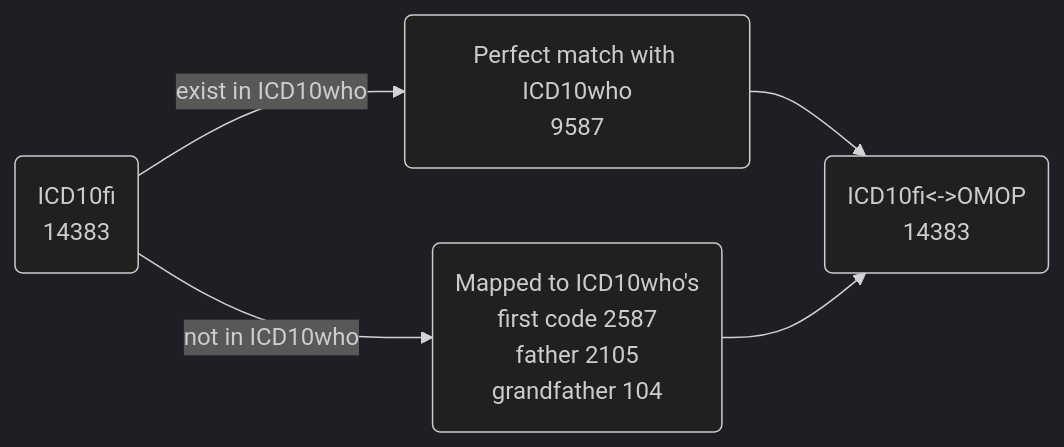
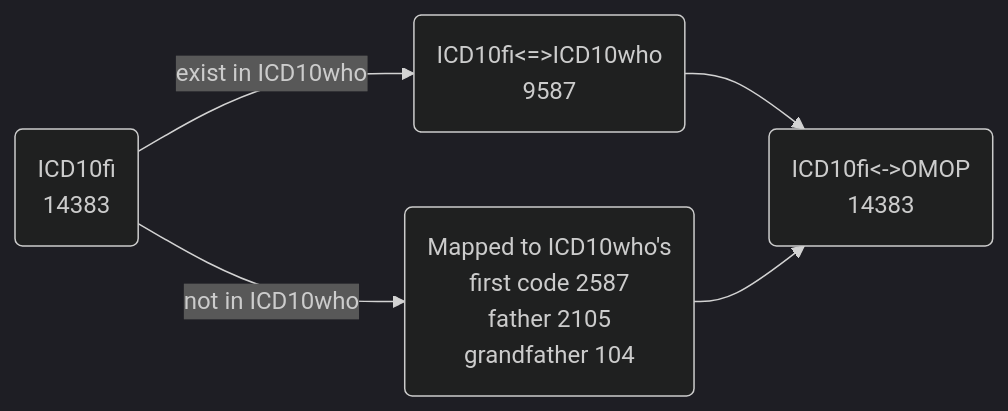
The fifth of 7 diagrams in README.md (FINNGEN/mapping_finland), drawn with Mermaid (dark theme) before and after one commit. The commit also changed other lines of this file, not shown here.

````diff
--- a/README.md
+++ b/README.md
@@ -78,7 +126,7 @@
 ```mermaid
 graph LR
     A("ICD10fi<br>14383")-- "exist in ICD10who" -->
-      B("Perfect match with ICD10who<br>9587") -- " " -->
+      B("ICD10fi<=>ICD10who<br>9587") -- " " -->
       C("ICD10fi<->OMOP<br>14383")
     A-- not in ICD10who --> D("Mapped to ICD10who's<br> first code 2587 <br> father 2105<br> grandfather 104")-- " " -->C
 ```
````
